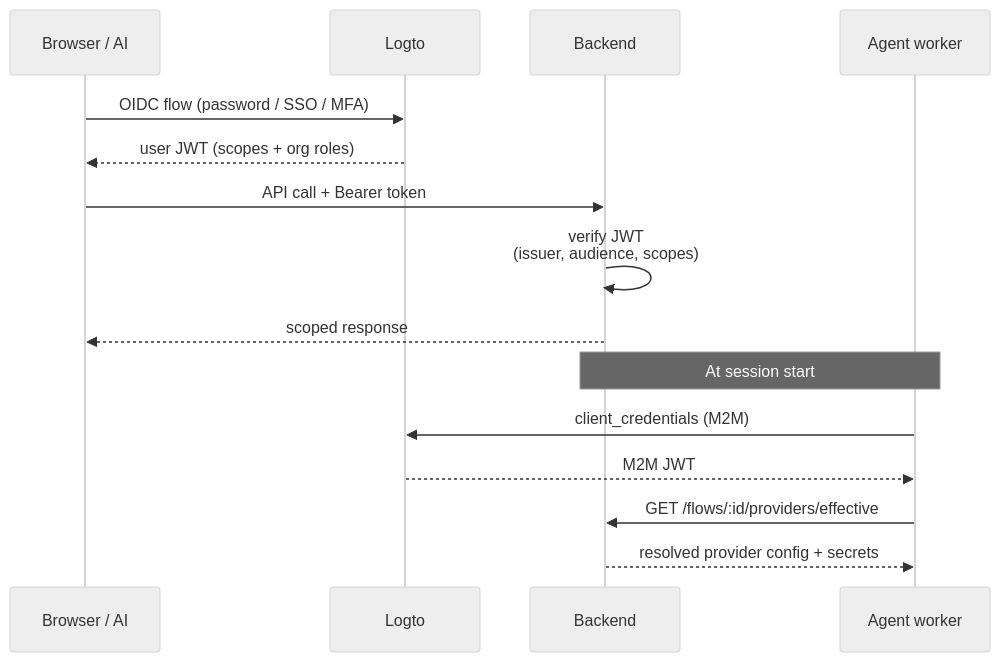
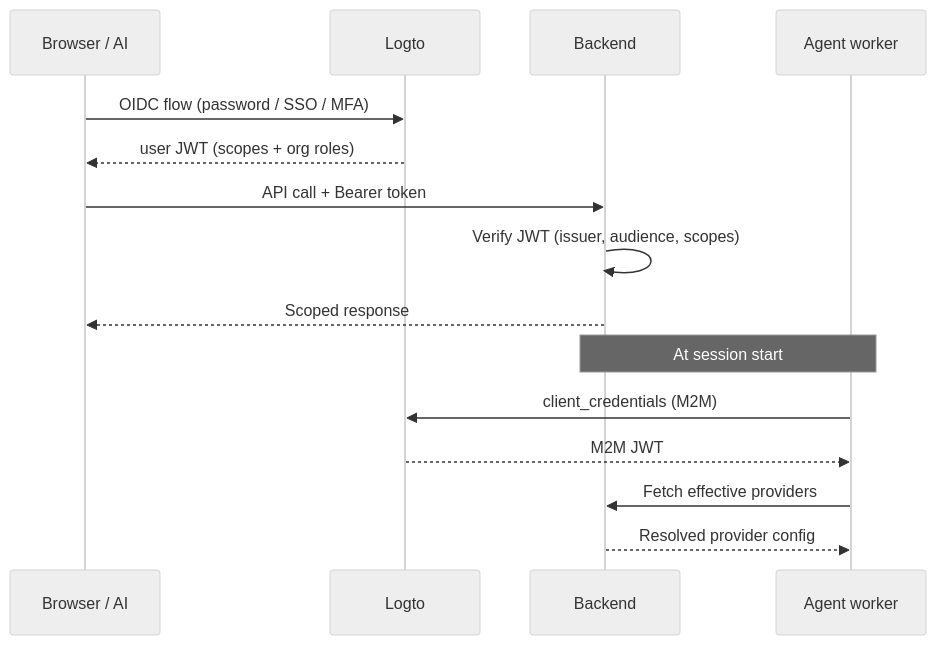
The first of 3 diagrams in platform/security.mdx (Aico-Systems/docs), drawn with Mermaid (neutral theme) before and after one commit. The commit also changed other lines of this file and 9 other files, not shown here.

````diff
--- a/platform/security.mdx
+++ b/platform/security.mdx
@@ -8,19 +8,19 @@
 ```mermaid
 sequenceDiagram
     participant U as Browser / AI
     participant LG as Logto
     participant BE as Backend
     participant AGT as Agent worker
 
     U->>LG: OIDC flow (password / SSO / MFA)
     LG-->>U: user JWT (scopes + org roles)
     U->>BE: API call + Bearer token
-    BE->>BE: verify JWT<br/>(issuer, audience, scopes)
-    BE-->>U: scoped response
+    BE->>BE: Verify JWT (issuer, audience, scopes)
+    BE-->>U: Scoped response
 
     Note over AGT,BE: At session start
     AGT->>LG: client_credentials (M2M)
     LG-->>AGT: M2M JWT
-    AGT->>BE: GET /flows/:id/providers/effective
-    BE-->>AGT: resolved provider config + secrets
+    AGT->>BE: Fetch effective providers
+    BE-->>AGT: Resolved provider config
 ```
````
